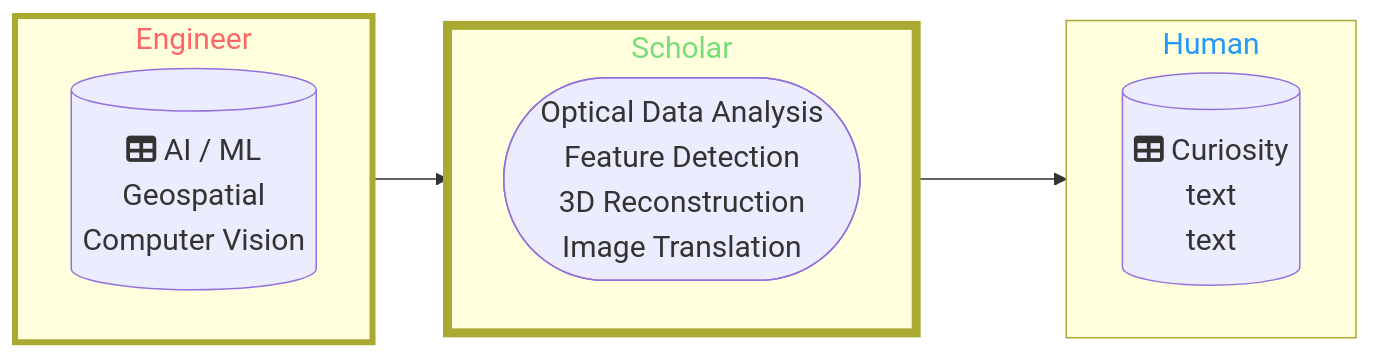
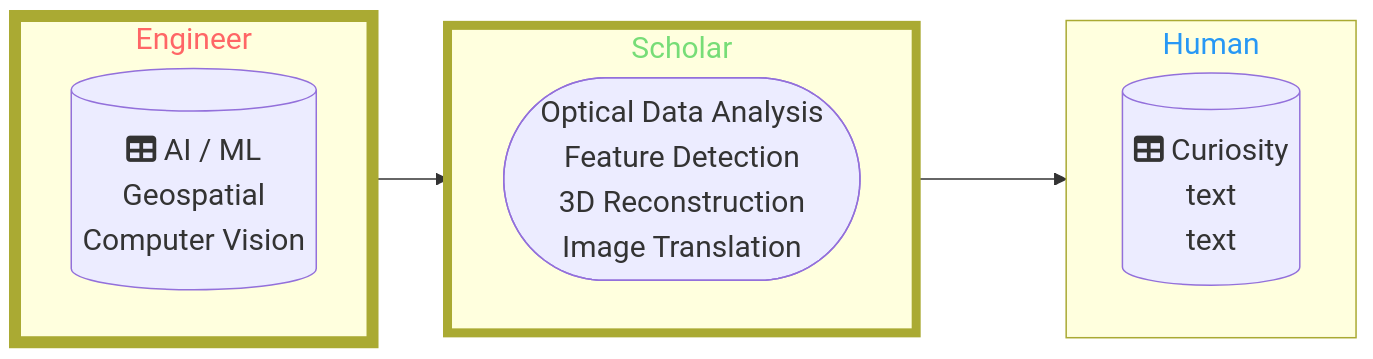
Before and after one commit to DippoldEJ/DippoldEJ: the first of 2 diagrams in README.md, drawn with Mermaid.

````diff
--- a/README.md
+++ b/README.md
@@ -3,33 +3,33 @@
 ```mermaid
 flowchart LR;
 %%{init: {
 	'themeVariables': { 'fontSize': '20px', 'fontFamily': 'Didot'}
 	}
 }%%
 
 subgraph n[Engineer]
 direction LR;
         b[(fa:fa-table AI / ML <br> Geospatial <br> Computer Vision)]
     end
 
 subgraph o[Scholar]
 direction LR;
         j([Optical Data Analysis <br> Feature Detection <br> 3D Reconstruction <br> Image Translation])
 
     end
 
  subgraph p[Human]
   direction LR;
     a[(fa:fa-table Curiosity <br> text <br> text)]
     end
 
-style n color:#f66, stroke-width:4px
+style n color:#f66, stroke-width:8px
 style o stroke-width:6px
 style o color:#77DD77
 style p color:#2798F5
 
 
 n-->o
 o-->p
 
 ```
````
